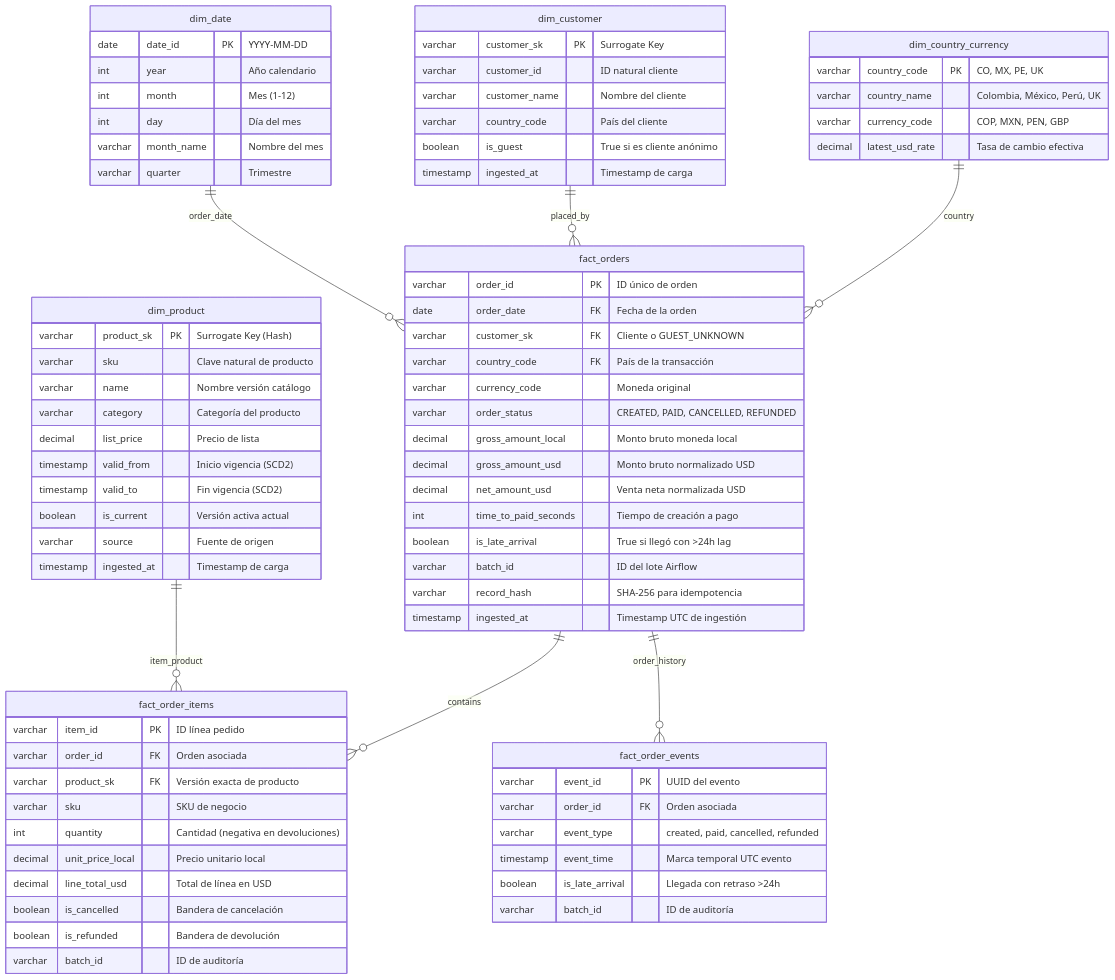
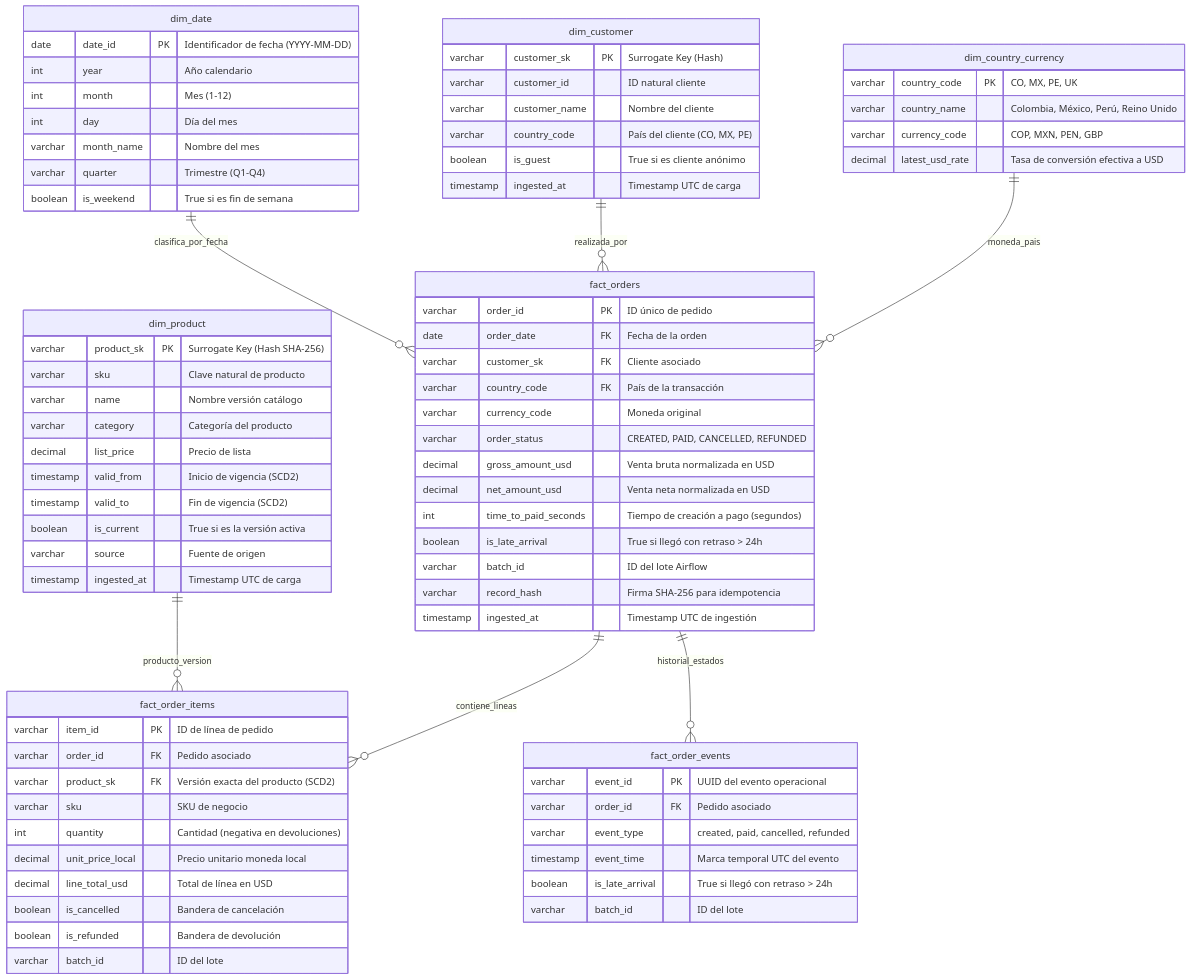
One commit to JayzirTech/mercado-nube-analytics-engine- changed the second of 2 diagrams in README.md. Above: the diagram before and after it, drawn with Mermaid. The commit also changed other lines of this file, not shown here.

Commit message:
docs: write comprehensive, publication-ready README with architecture, exact metrics, and clean guide

````diff
--- a/README.md
+++ b/README.md
@@ -80,86 +113,86 @@
 ```mermaid
 erDiagram
     dim_product {
-        varchar product_sk PK "Surrogate Key (Hash)"
+        varchar product_sk PK "Surrogate Key (Hash SHA-256)"
         varchar sku "Clave natural de producto"
         varchar name "Nombre versión catálogo"
         varchar category "Categoría del producto"
         decimal list_price "Precio de lista"
-        timestamp valid_from "Inicio vigencia (SCD2)"
-        timestamp valid_to "Fin vigencia (SCD2)"
-        boolean is_current "Versión activa actual"
+        timestamp valid_from "Inicio de vigencia (SCD2)"
+        timestamp valid_to "Fin de vigencia (SCD2)"
+        boolean is_current "True si es la versión activa"
         varchar source "Fuente de origen"
-        timestamp ingested_at "Timestamp de carga"
+        timestamp ingested_at "Timestamp UTC de carga"
     }
 
     dim_customer {
-        varchar customer_sk PK "Surrogate Key"
+        varchar customer_sk PK "Surrogate Key (Hash)"
         varchar customer_id "ID natural cliente"
         varchar customer_name "Nombre del cliente"
-        varchar country_code "País del cliente"
+        varchar country_code "País del cliente (CO, MX, PE)"
         boolean is_guest "True si es cliente anónimo"
-        timestamp ingested_at "Timestamp de carga"
+        timestamp ingested_at "Timestamp UTC de carga"
     }
 
     dim_date {
-        date date_id PK "YYYY-MM-DD"
+        date date_id PK "Identificador de fecha (YYYY-MM-DD)"
         int year "Año calendario"
         int month "Mes (1-12)"
         int day "Día del mes"
         varchar month_name "Nombre del mes"
-        varchar quarter "Trimestre"
+        varchar quarter "Trimestre (Q1-Q4)"
+        boolean is_weekend "True si es fin de semana"
     }
 
     dim_country_currency {
         varchar country_code PK "CO, MX, PE, UK"
-        varchar country_name "Colombia, México, Perú, UK"
+        varchar country_name "Colombia, México, Perú, Reino Unido"
         varchar currency_code "COP, MXN, PEN, GBP"
-        decimal latest_usd_rate "Tasa de cambio efectiva"
+        decimal latest_usd_rate "Tasa de conversión efectiva a USD"
     }
 
     fact_orders {
-        varchar order_id PK "ID único de orden"
+        varchar order_id PK "ID único de pedido"
         date order_date FK "Fecha de la orden"
-        varchar customer_sk FK "Cliente o GUEST_UNKNOWN"
+        varchar customer_sk FK "Cliente asociado"
         varchar country_code FK "País de la transacción"
         varchar currency_code "Moneda original"
         varchar order_status "CREATED, PAID, CANCELLED, REFUNDED"
-        decimal gross_amount_local "Monto bruto moneda local"
-        decimal gross_amount_usd "Monto bruto normalizado USD"
-        decimal net_amount_usd "Venta neta normalizada USD"
-        int time_to_paid_seconds "Tiempo de creación a pago"
-        boolean is_late_arrival "True si llegó con >24h lag"
+        decimal gross_amount_usd "Venta bruta normalizada en USD"
+        decimal net_amount_usd "Venta neta normalizada en USD"
+        int time_to_paid_seconds "Tiempo de creación a pago (segundos)"
+        boolean is_late_arrival "True si llegó con retraso > 24h"
         varchar batch_id "ID del lote Airflow"
-        varchar record_hash "SHA-256 para idempotencia"
+        varchar record_hash "Firma SHA-256 para idempotencia"
         timestamp ingested_at "Timestamp UTC de ingestión"
     }
 
     fact_order_items {
-        varchar item_id PK "ID línea pedido"
-        varchar order_id FK "Orden asociada"
-        varchar product_sk FK "Versión exacta de producto"
+        varchar item_id PK "ID de línea de pedido"
+        varchar order_id FK "Pedido asociado"
+        varchar product_sk FK "Versión exacta del producto (SCD2)"
         varchar sku "SKU de negocio"
         int quantity "Cantidad (negativa en devoluciones)"
-        decimal unit_price_local "Precio unitario local"
+        decimal unit_price_local "Precio unitario moneda local"
         decimal line_total_usd "Total de línea en USD"
         boolean is_cancelled "Bandera de cancelación"
         boolean is_refunded "Bandera de devolución"
-        varchar batch_id "ID de auditoría"
+        varchar batch_id "ID del lote"
     }
 
     fact_order_events {
-        varchar event_id PK "UUID del evento"
-        varchar order_id FK "Orden asociada"
+        varchar event_id PK "UUID del evento operacional"
+        varchar order_id FK "Pedido asociado"
         varchar event_type "created, paid, cancelled, refunded"
-        timestamp event_time "Marca temporal UTC evento"
-        boolean is_late_arrival "Llegada con retraso >24h"
-        varchar batch_id "ID de auditoría"
+        timestamp event_time "Marca temporal UTC del evento"
+        boolean is_late_arrival "True si llegó con retraso > 24h"
+        varchar batch_id "ID del lote"
     }
 
-    dim_date ||--o{ fact_orders : "order_date"
-    dim_customer ||--o{ fact_orders : "placed_by"
-    dim_country_currency ||--o{ fact_orders : "country"
-    fact_orders ||--o{ fact_order_items : "contains"
-    dim_product ||--o{ fact_order_items : "item_product"
-    fact_orders ||--o{ fact_order_events : "order_history"
+    dim_date ||--o{ fact_orders : "clasifica_por_fecha"
+    dim_customer ||--o{ fact_orders : "realizada_por"
+    dim_country_currency ||--o{ fact_orders : "moneda_pais"
+    fact_orders ||--o{ fact_order_items : "contiene_lineas"
+    dim_product ||--o{ fact_order_items : "producto_version"
+    fact_orders ||--o{ fact_order_events : "historial_estados"
 ```
````
